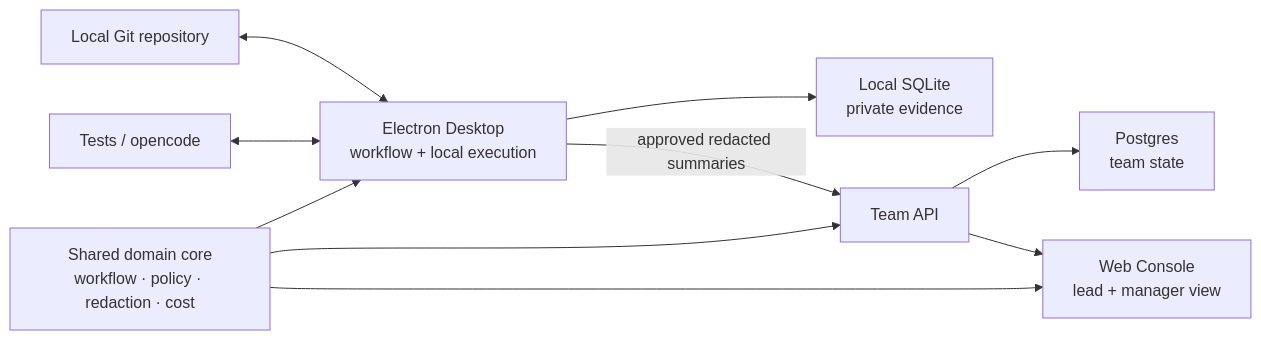
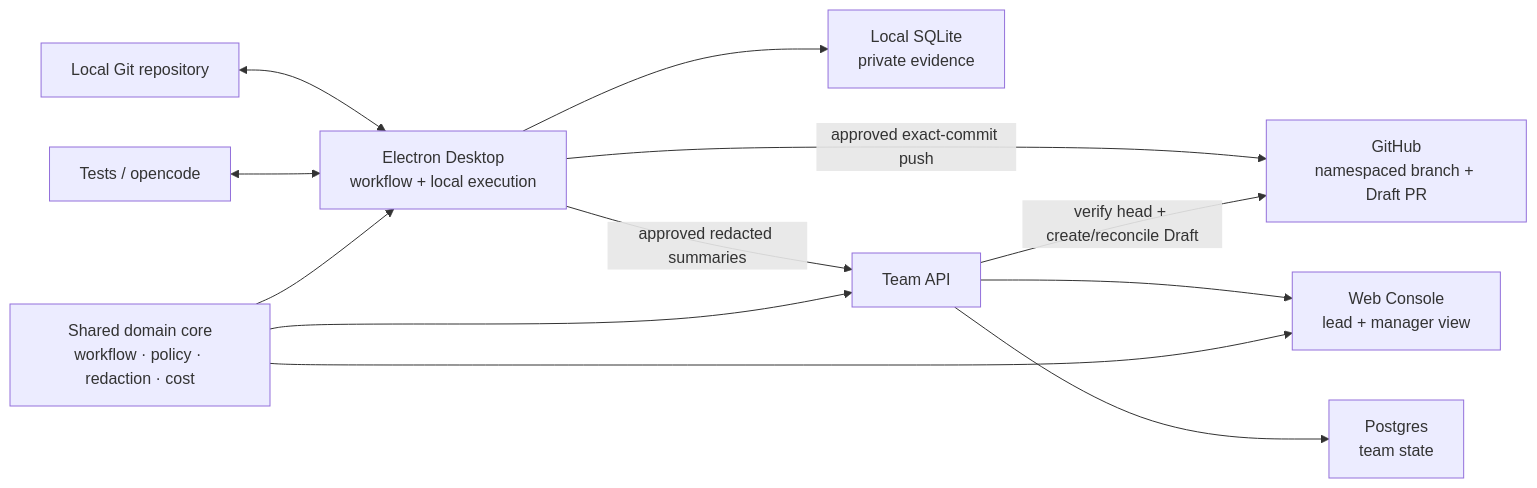
The diagram in README.md (erich04/ai-devflow-studio), drawn with Mermaid before and after one commit. The commit also changed other lines of this file and 1 other file, not shown here.

Commit message:
docs: expose governed GitHub delivery

````diff
--- a/README.md
+++ b/README.md
@@ -70,12 +78,14 @@
 ```mermaid
 flowchart LR
     Repo["Local Git repository"] <--> Desktop["Electron Desktop<br/>workflow + local execution"]
     Runtime["Tests / opencode"] <--> Desktop
     Desktop --> SQLite["Local SQLite<br/>private evidence"]
     Desktop -- "approved redacted summaries" --> API["Team API"]
     API --> Postgres["Postgres<br/>team state"]
     API --> Web["Web Console<br/>lead + manager view"]
+    Desktop -- "approved exact-commit push" --> GitHub["GitHub<br/>namespaced branch + Draft PR"]
+    API -- "verify head + create/reconcile Draft" --> GitHub
     Core["Shared domain core<br/>workflow · policy · redaction · cost"] --> Desktop
     Core --> API
     Core --> Web
 ```
````
